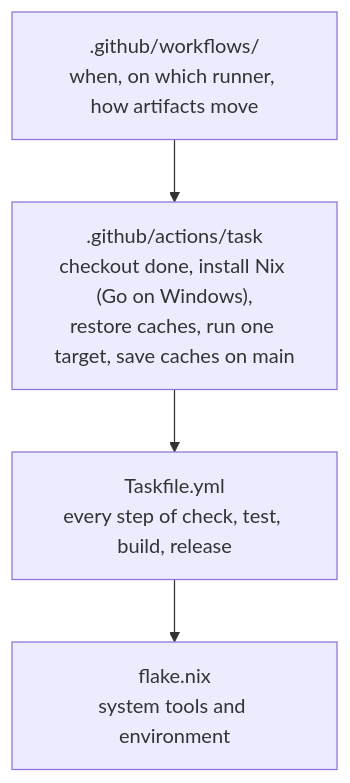
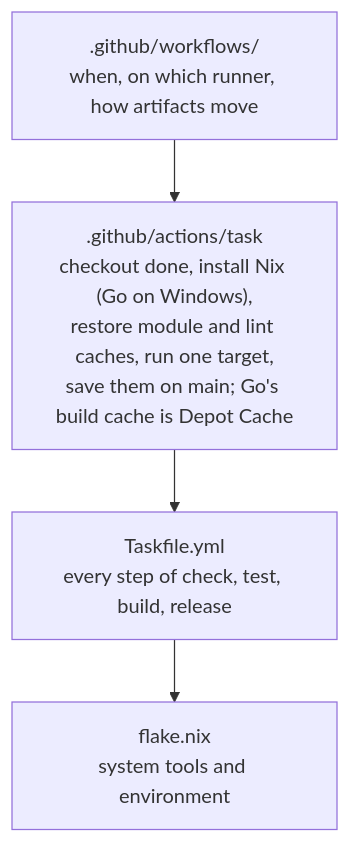
Before and after one commit to discobox-ai/discobox: the third of 5 diagrams in DESIGN.md, drawn with Mermaid. The commit also changed other lines of this file and 2 other files, not shown here.

First line of the commit message:
ci: keep Depot Cache away from release builds and the module restore

````diff
--- a/DESIGN.md
+++ b/DESIGN.md
@@ -257,9 +257,9 @@
 ```mermaid
 flowchart TD
     workflows[".github/workflows/<br/>when, on which runner, how artifacts move"]
-    action[".github/actions/task<br/>checkout done, install Nix (Go on Windows),<br/>restore caches, run one target, save caches on main"]
+    action[".github/actions/task<br/>checkout done, install Nix (Go on Windows),<br/>restore module and lint caches, run one target,<br/>save them on main; Go's build cache is Depot Cache"]
     taskfile["Taskfile.yml<br/>every step of check, test, build, release"]
     flake["flake.nix<br/>system tools and environment"]
 
     workflows --> action --> taskfile --> flake
 ```
````
